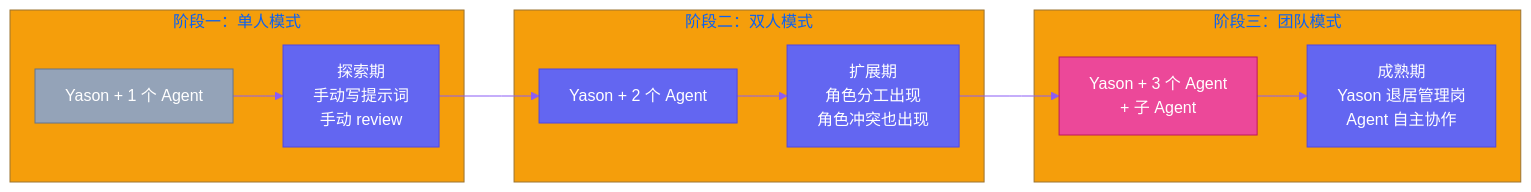
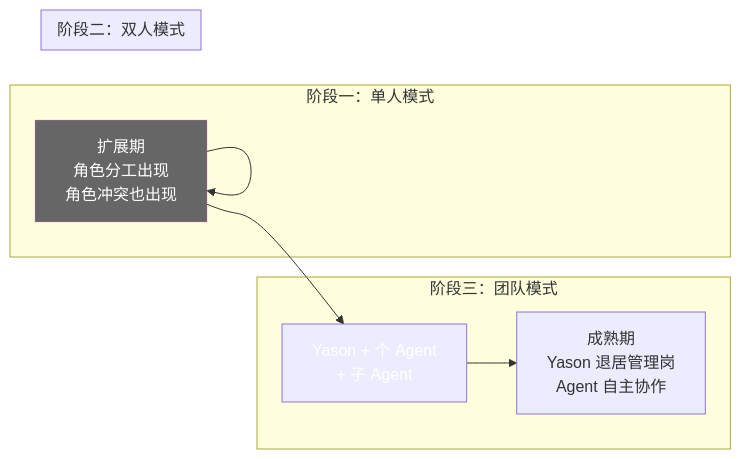
One commit to VokoForge/ai-prism changed the third of 3 diagrams in posts/yason-and-roberts/zh/ch02.md. Above: the diagram before and after it, drawn with Mermaid. The commit also changed other lines of this file and 31 other files, not shown here.

First line of the commit message:
✨ Rewrite all articles: hook titles, Mermaid diagrams, engaging style

````diff
--- a/posts/yason-and-roberts/zh/ch02.md
+++ b/posts/yason-and-roberts/zh/ch02.md
@@ -161,22 +159,21 @@
 ```mermaid
-%%{init: {'theme': 'base', 'themeVariables': {'primaryColor': '#6366f1','primaryTextColor': '#fff','primaryBorderColor': '#4f46e5','lineColor': '#8b5cf6','secondaryColor': '#ec4899','tertiaryColor': '#f59e0b'}}}%%
 graph LR
     subgraph "阶段一：单人模式"
-        S1[Yason + 1 个 Agent] --> S2[探索期<br>手动写提示词<br>手动 review]
+        S[Yason +  个 Agent] --> S[探索期<br>手动写提示词<br>手动 review]
     end
 
     subgraph "阶段二：双人模式"
-        S3[Yason + 2 个 Agent] --> S4[扩展期<br>角色分工出现<br>角色冲突也出现]
+        S[Yason +  个 Agent] --> S[扩展期<br>角色分工出现<br>角色冲突也出现]
     end
 
     subgraph "阶段三：团队模式"
-        S5[Yason + 3 个 Agent<br>+ 子 Agent] --> S6[成熟期<br>Yason 退居管理岗<br>Agent 自主协作]
+        S5[Yason +  个 Agent<br>+ 子 Agent] --> S6[成熟期<br>Yason 退居管理岗<br>Agent 自主协作]
     end
 
-    S2 --> S3
-    S4 --> S5
+    S --> S
+    S --> S5
 
-    style S1 fill:#94a3b8,stroke:#64748b,color:#fff
-    style S3 fill:#6366f1,stroke:#4f46e5,color:#fff
-    style S5 fill:#ec4899,stroke:#be185d,color:#fff
+    style S fill:#9ab8,stroke:#678b,color:#fff
+    style S fill:#666f,stroke:#f6e5,color:#fff
+    style S5 fill:#ec899,stroke:#be85d,color:#fff
 ```
````
